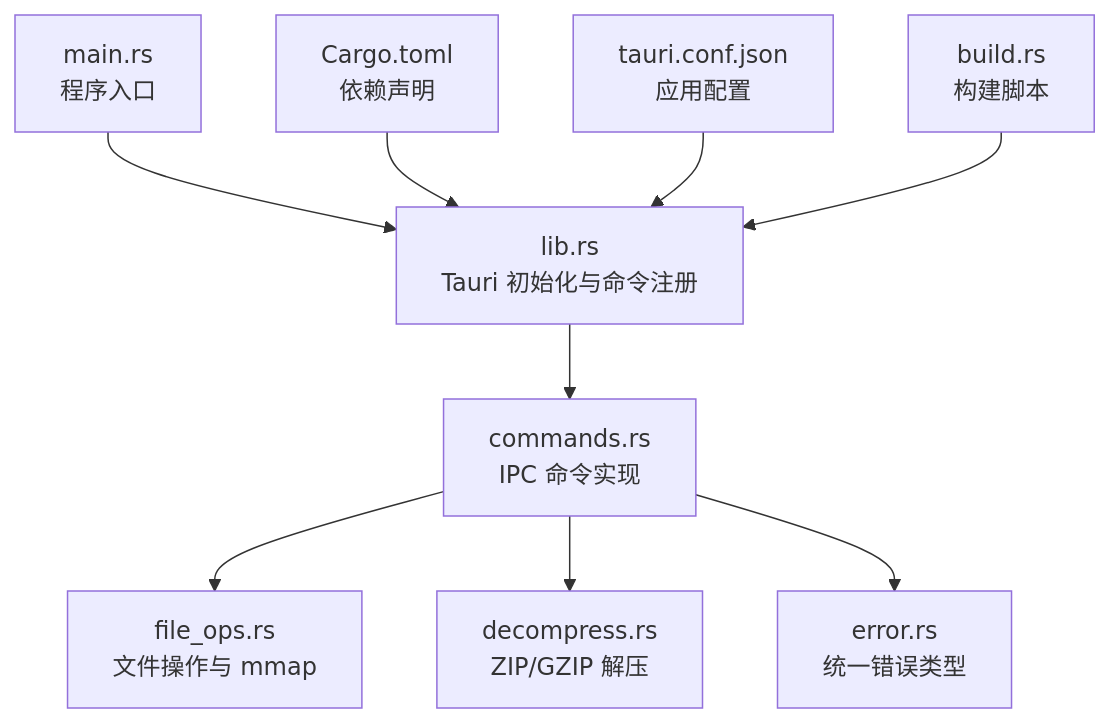
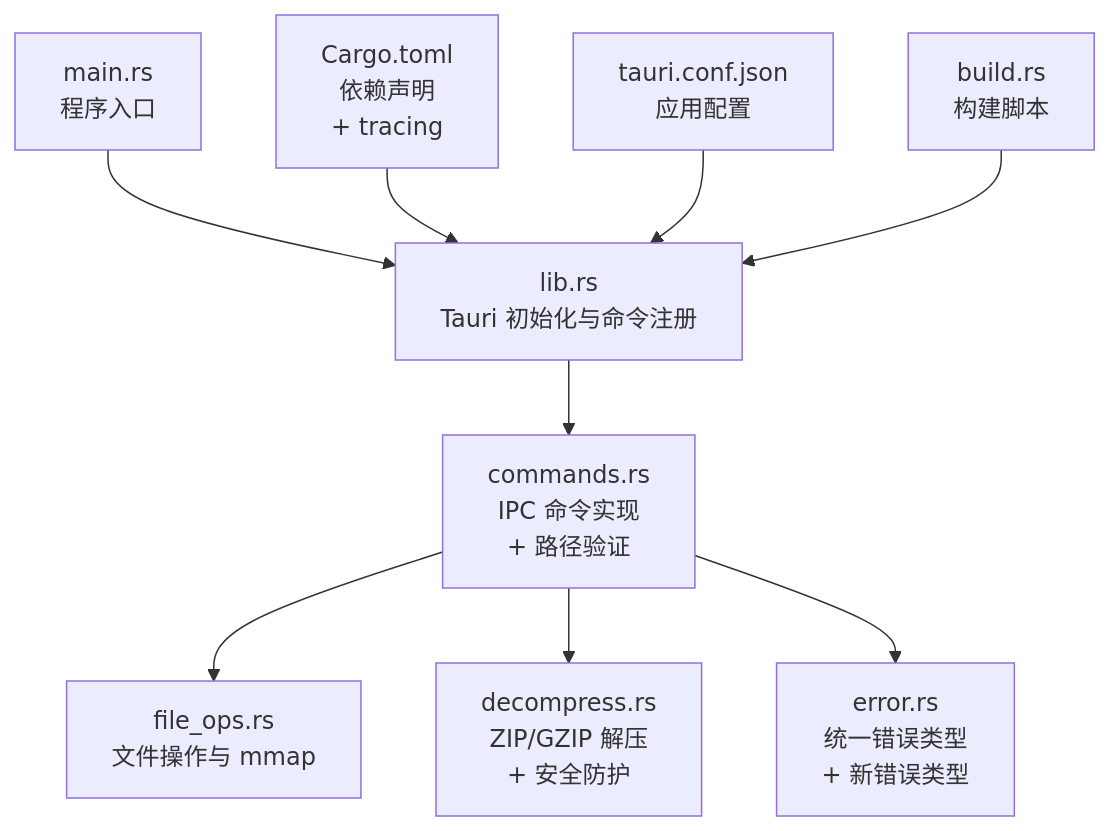
Before and after one commit to taoweidong/Hello-Tauri: the first of 6 diagrams in .qoder/repowiki/zh/content/Tauri 后端/Tauri 后端.md, drawn with Mermaid. The commit also changed other lines of this file and 32 other files, not shown here.

````diff
--- a/.qoder/repowiki/zh/content/Tauri 后端/Tauri 后端.md
+++ b/.qoder/repowiki/zh/content/Tauri 后端/Tauri 后端.md
@@ -40,11 +51,11 @@
 ```mermaid
 graph TB
 A["main.rs<br/>程序入口"] --> B["lib.rs<br/>Tauri 初始化与命令注册"]
-B --> C["commands.rs<br/>IPC 命令实现"]
+B --> C["commands.rs<br/>IPC 命令实现<br/>+ 路径验证"]
 C --> D["file_ops.rs<br/>文件操作与 mmap"]
-C --> E["decompress.rs<br/>ZIP/GZIP 解压"]
-C --> F["error.rs<br/>统一错误类型"]
-G["Cargo.toml<br/>依赖声明"] --> B
+C --> E["decompress.rs<br/>ZIP/GZIP 解压<br/>+ 安全防护"]
+C --> F["error.rs<br/>统一错误类型<br/>+ 新错误类型"]
+G["Cargo.toml<br/>依赖声明<br/>+ tracing"] --> B
 H["tauri.conf.json<br/>应用配置"] --> B
 I["build.rs<br/>构建脚本"] --> B
 ```
````
